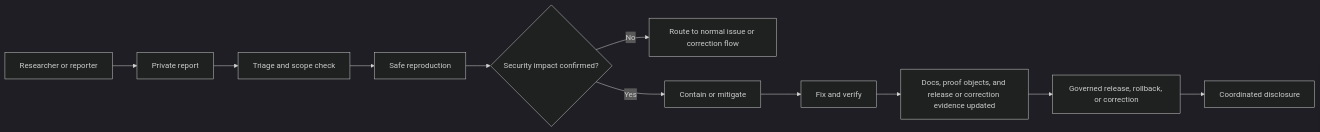
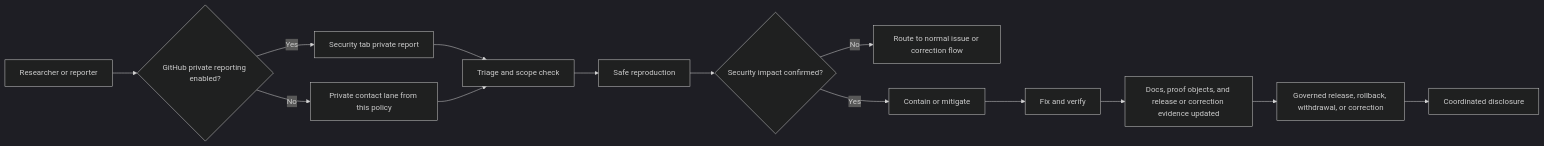
The diagram in .github/SECURITY.md (bartytime4life/Kansas-Frontier-Matrix), drawn with Mermaid (dark theme) before and after one commit. The commit also changed other lines of this file, not shown here.

First line of the commit message:
Revise SECURITY.md for clarity and accuracy

````diff
--- a/.github/SECURITY.md
+++ b/.github/SECURITY.md
@@ -257,13 +253,16 @@
 ```mermaid
 flowchart LR
-    A[Researcher or reporter] --> B[Private report]
-    B --> C[Triage and scope check]
-    C --> D[Safe reproduction]
-    D --> E{Security impact confirmed?}
-    E -- No --> F[Route to normal issue or correction flow]
-    E -- Yes --> G[Contain or mitigate]
-    G --> H[Fix and verify]
-    H --> I[Docs, proof objects, and release or correction evidence updated]
-    I --> J[Governed release, rollback, or correction]
-    J --> K[Coordinated disclosure]
+    A[Researcher or reporter] --> B{GitHub private reporting enabled?}
+    B -- Yes --> C[Security tab private report]
+    B -- No --> D[Private contact lane from this policy]
+    C --> E[Triage and scope check]
+    D --> E
+    E --> F[Safe reproduction]
+    F --> G{Security impact confirmed?}
+    G -- No --> H[Route to normal issue or correction flow]
+    G -- Yes --> I[Contain or mitigate]
+    I --> J[Fix and verify]
+    J --> K[Docs, proof objects, and release or correction evidence updated]
+    K --> L[Governed release, rollback, withdrawal, or correction]
+    L --> M[Coordinated disclosure]
 ```
````
